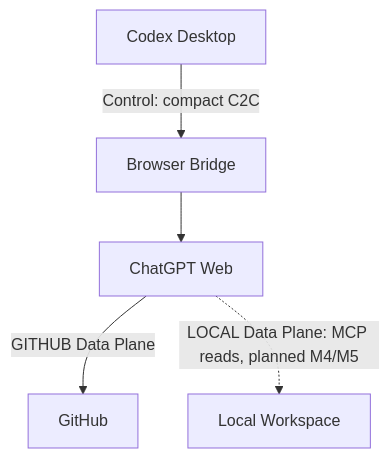
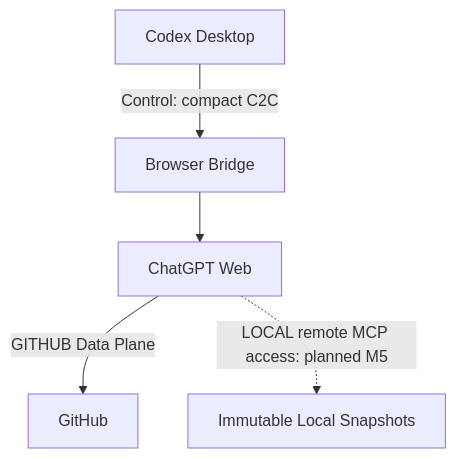
The second of 3 diagrams in docs/architecture.md (Jickfu/codex-duet), drawn with Mermaid before and after one commit. The commit also changed other lines of this file and 4 other files, not shown here.

````diff
--- a/docs/architecture.md
+++ b/docs/architecture.md
@@ -41,7 +41,7 @@
 ```mermaid
 flowchart TB
     C[Codex Desktop] -->|Control: compact C2C| B[Browser Bridge]
     B --> W[ChatGPT Web]
     W -->|GITHUB Data Plane| G[GitHub]
-    W -.->|LOCAL Data Plane: MCP reads, planned M4/M5| M[Local Workspace]
+    W -.->|LOCAL remote MCP access: planned M5| M[Immutable Local Snapshots]
 ```
````
